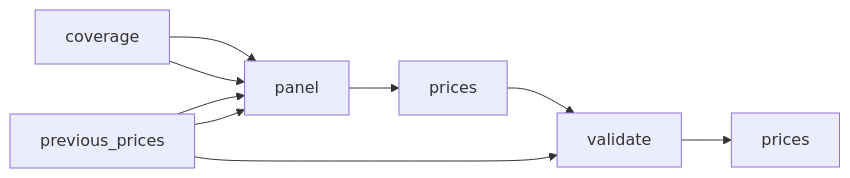
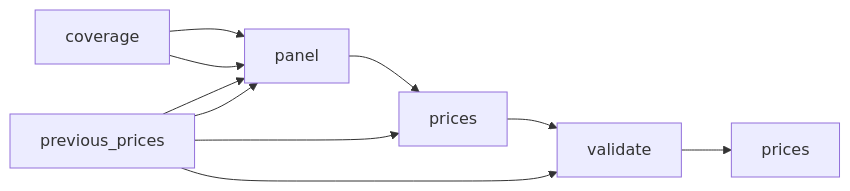
Before and after one commit to jsonifyco/public-datasets: the diagram in datasets/streaming-subscription-prices-by-country-5b733a529030/README.md, drawn with Mermaid. The commit also changed other lines of this file and 2 other files, not shown here.

````diff
--- a/datasets/streaming-subscription-prices-by-country-5b733a529030/README.md
+++ b/datasets/streaming-subscription-prices-by-country-5b733a529030/README.md
@@ -63,17 +63,18 @@
 ```mermaid
 flowchart LR
   n0["previous#95;prices"]
   n1["coverage"]
   n2["panel"]
   n3["prices"]
   n4["validate"]
   n5["prices"]
   n2 --> n3
   n3 --> n4
   n4 --> n5
   n0 --> n2
   n1 --> n2
   n1 --> n2
   n0 --> n2
+  n0 --> n3
   n0 --> n4
 ```
````
